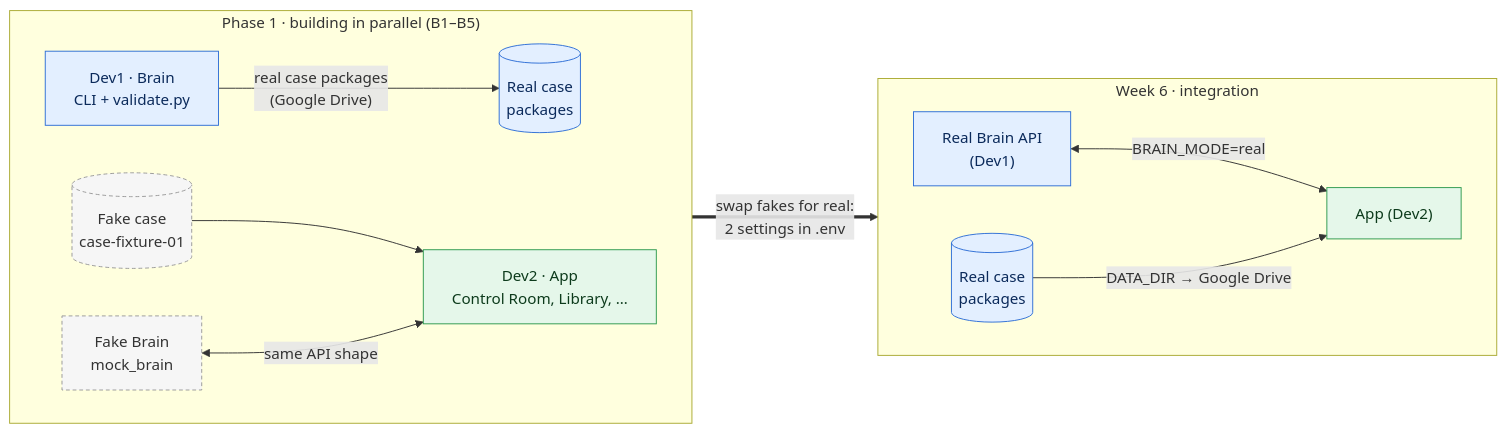
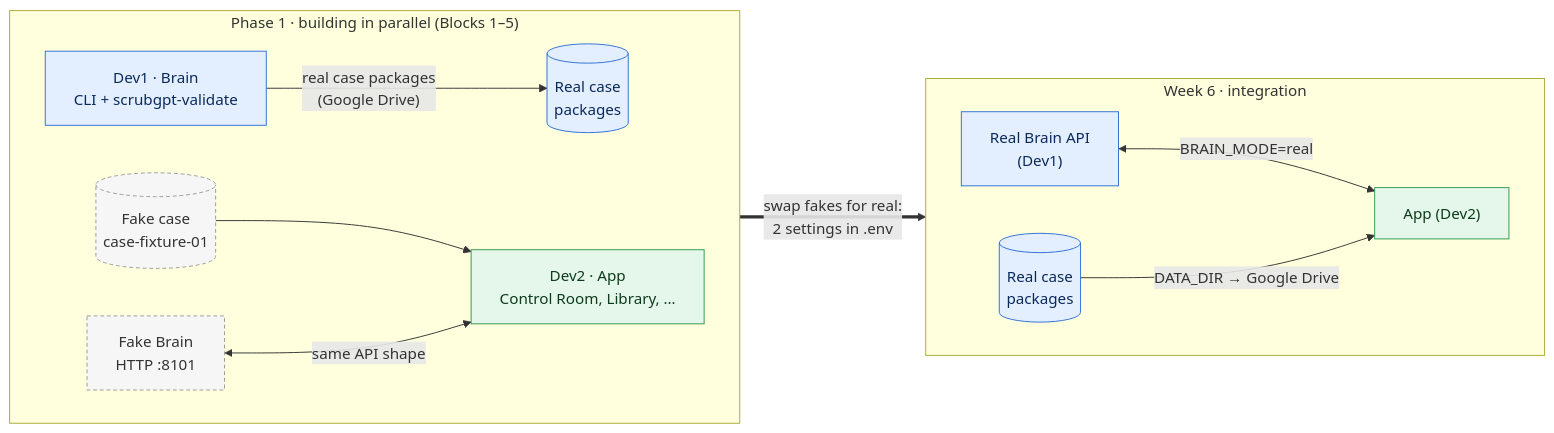
Before and after one commit to karthi-ai-engineer/ScrubGPT: the first of 2 diagrams in docs/Work_Split.md, drawn with Mermaid. The commit also changed other lines of this file and 29 other files, not shown here.

````diff
--- a/docs/Work_Split.md
+++ b/docs/Work_Split.md
@@ -26,22 +26,22 @@
 ```mermaid
 flowchart LR
-    subgraph BEFORE["Phase 1 · building in parallel (B1–B5)"]
+    subgraph BEFORE["Phase 1 · building in parallel (Blocks 1–5)"]
         direction LR
-        D1["Dev1 · Brain<br/>CLI + validate.py"] -->|"real case packages<br/>(Google Drive)"| RP[("Real case<br/>packages")]
+        D1["Dev1 · Brain<br/>CLI + scrubgpt-validate"] -->|"real case packages<br/>(Google Drive)"| RP[("Real case<br/>packages")]
         FX[("Fake case<br/>case-fixture-01")] --> D2["Dev2 · App<br/>Control Room, Library, …"]
-        MB["Fake Brain<br/>mock_brain"] <-->|"same API shape"| D2
+        MB["Fake Brain<br/>HTTP :8101"] <-->|"same API shape"| D2
     end
     subgraph AFTER["Week 6 · integration"]
         direction LR
         RB["Real Brain API<br/>(Dev1)"] <-->|"BRAIN_MODE=real"| APP["App (Dev2)"]
         RP2[("Real case<br/>packages")] -->|"DATA_DIR → Google Drive"| APP
     end
     BEFORE ==>|"swap fakes for real:<br/>2 settings in .env"| AFTER
 
     classDef dev1 fill:#e3efff,stroke:#2f6fd6,color:#0b2a5b
     classDef dev2 fill:#e5f7ea,stroke:#2e9a4f,color:#0d3b1c
     classDef fake fill:#f6f6f6,stroke:#999,stroke-dasharray:4 3,color:#333
     class D1,RP,RB,RP2 dev1
     class D2,APP dev2
     class FX,MB fake
 ```
````
